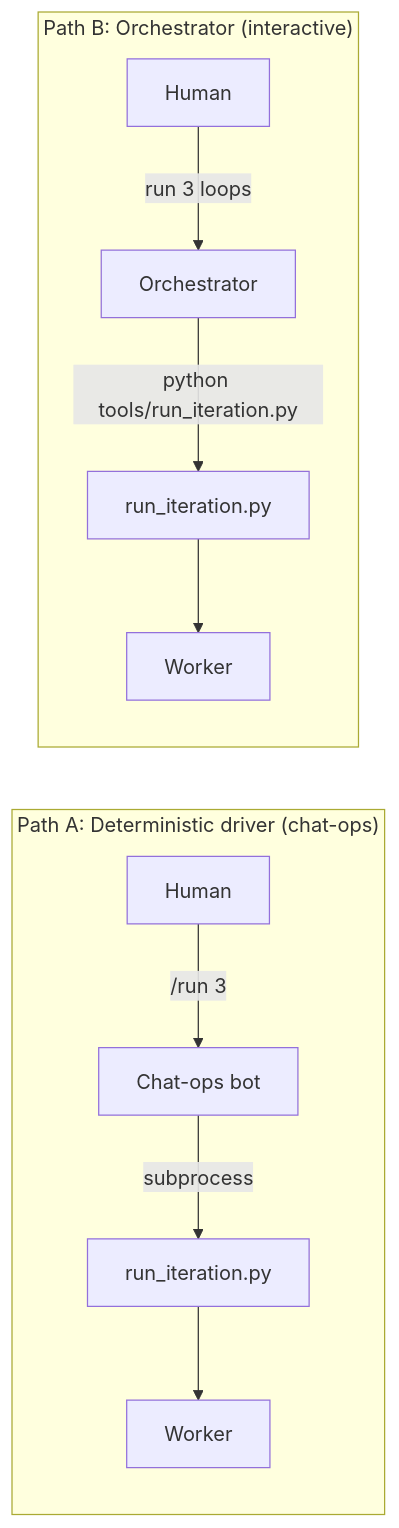
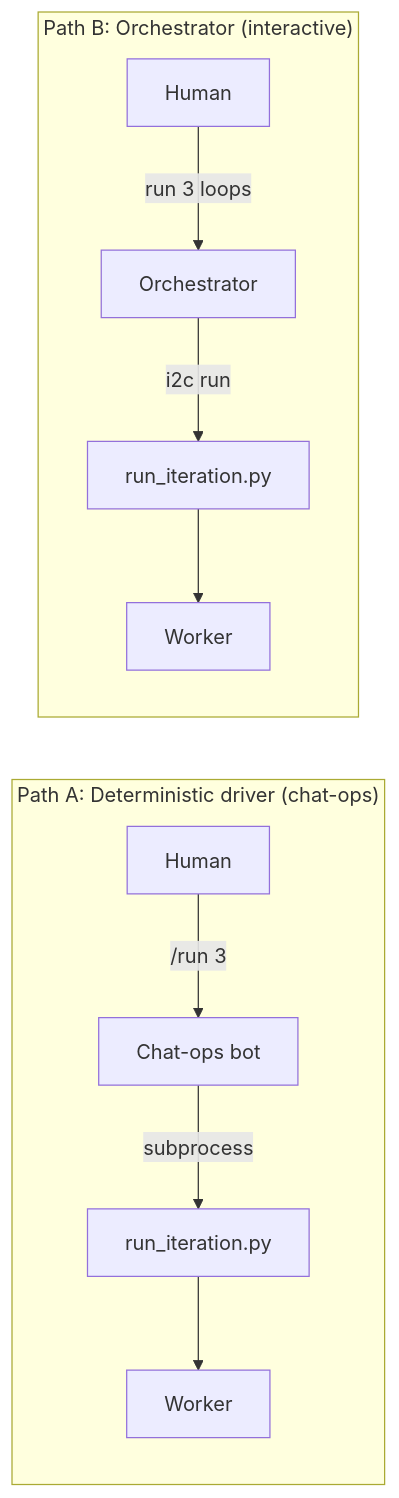
The second of 5 diagrams in WORKFLOW.md (LesTP/i2c), drawn with Mermaid before and after one commit. The commit also changed other lines of this file and 49 other files, not shown here.

First line of the commit message:
build: package i2c (tools/->i2c/) + schema_version & i2c migrate (Phase 2 §5, §8)

````diff
--- a/WORKFLOW.md
+++ b/WORKFLOW.md
@@ -59,14 +59,14 @@
 ```mermaid
 graph LR
     subgraph "Path A: Deterministic driver (chat-ops)"
         H1["Human"] -->|"/run 3"| CB1["Chat-ops bot"]
         CB1 -->|"subprocess"| LR1["run_iteration.py"]
         LR1 --> W1["Worker"]
     end
 
     subgraph "Path B: Orchestrator (interactive)"
         H2["Human"] -->|"run 3 loops"| CO2["Orchestrator"]
-        CO2 -->|"python tools/run_iteration.py"| LR2["run_iteration.py"]
+        CO2 -->|"i2c run"| LR2["run_iteration.py"]
         LR2 --> W2["Worker"]
     end
 ```
````
